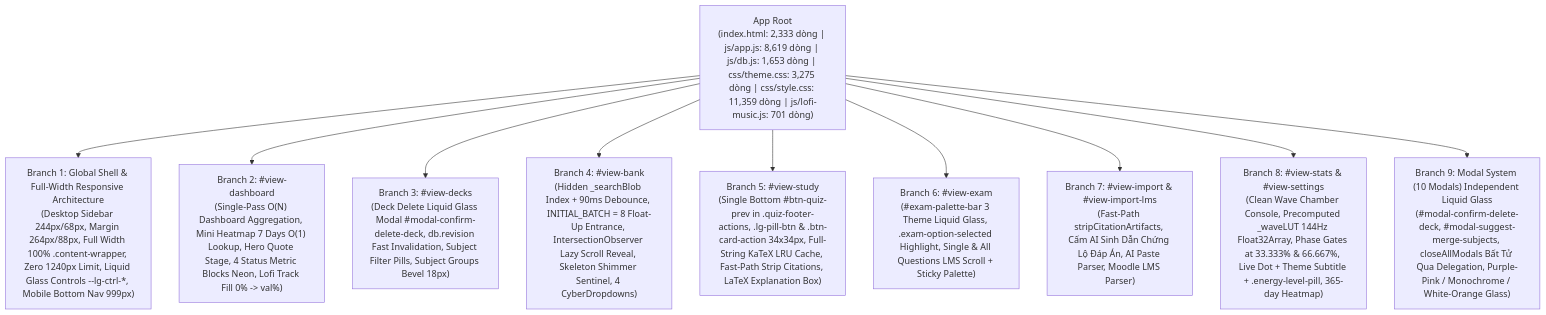
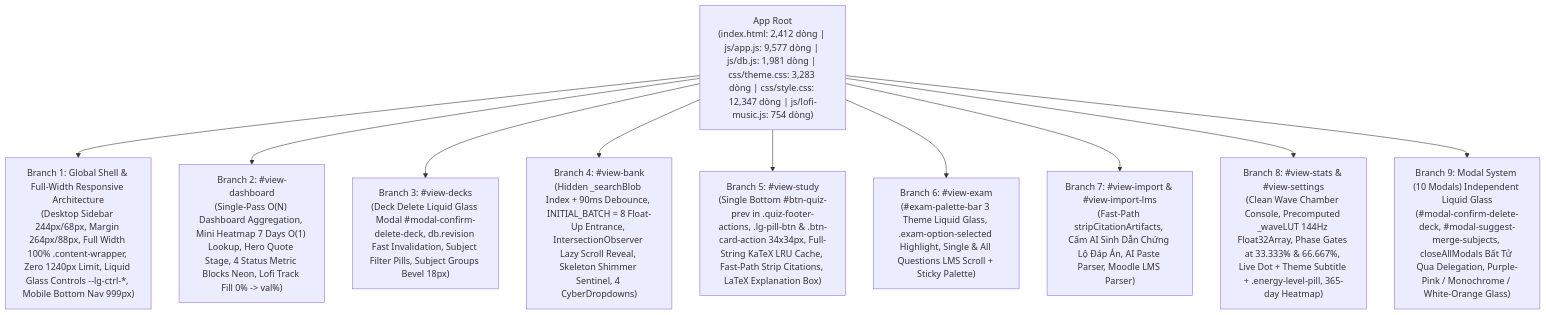
Before and after one commit to longcrpuen/tinhminhlaki: the first of 2 diagrams in ARCHITECTURE_GRAPH.md, drawn with Mermaid. The commit also changed other lines of this file and 15 other files, not shown here.

````diff
--- a/ARCHITECTURE_GRAPH.md
+++ b/ARCHITECTURE_GRAPH.md
@@ -15,14 +15,14 @@
 ```mermaid
 graph TD
-    Root["App Root<br/>(index.html: 2,333 dòng | js/app.js: 8,619 dòng | js/db.js: 1,653 dòng | css/theme.css: 3,275 dòng | css/style.css: 11,359 dòng | js/lofi-music.js: 701 dòng)"]
+    Root["App Root<br/>(index.html: 2,412 dòng | js/app.js: 9,577 dòng | js/db.js: 1,981 dòng | css/theme.css: 3,283 dòng | css/style.css: 12,347 dòng | js/lofi-music.js: 754 dòng)"]
 
     Root --> B1["Branch 1: Global Shell & Full-Width Responsive Architecture<br/>(Desktop Sidebar 244px/68px, Margin 264px/88px, Full Width 100% .content-wrapper, Zero 1240px Limit, Liquid Glass Controls --lg-ctrl-*, Mobile Bottom Nav 999px)"]
     Root --> B2["Branch 2: #view-dashboard<br/>(Single-Pass O(N) Dashboard Aggregation, Mini Heatmap 7 Days O(1) Lookup, Hero Quote Stage, 4 Status Metric Blocks Neon, Lofi Track Fill 0% -> val%)"]
     Root --> B3["Branch 3: #view-decks<br/>(Deck Delete Liquid Glass Modal #modal-confirm-delete-deck, db.revision Fast Invalidation, Subject Filter Pills, Subject Groups Bevel 18px)"]
     Root --> B4["Branch 4: #view-bank<br/>(Hidden _searchBlob Index + 90ms Debounce, INITIAL_BATCH = 8 Float-Up Entrance, IntersectionObserver Lazy Scroll Reveal, Skeleton Shimmer Sentinel, 4 CyberDropdowns)"]
     Root --> B5["Branch 5: #view-study<br/>(Single Bottom #btn-quiz-prev in .quiz-footer-actions, .lg-pill-btn & .btn-card-action 34x34px, Full-String KaTeX LRU Cache, Fast-Path Strip Citations, LaTeX Explanation Box)"]
     Root --> B6["Branch 6: #view-exam<br/>(#exam-palette-bar 3 Theme Liquid Glass, .exam-option-selected Highlight, Single & All Questions LMS Scroll + Sticky Palette)"]
     Root --> B7["Branch 7: #view-import & #view-import-lms<br/>(Fast-Path stripCitationArtifacts, Cấm AI Sinh Dẫn Chứng Lộ Đáp Án, AI Paste Parser, Moodle LMS Parser)"]
     Root --> B8["Branch 8: #view-stats & #view-settings<br/>(Clean Wave Chamber Console, Precomputed _waveLUT 144Hz Float32Array, Phase Gates at 33.333% & 66.667%, Live Dot + Theme Subtitle + .energy-level-pill, 365-day Heatmap)"]
     Root --> B9["Branch 9: Modal System (10 Modals) Independent Liquid Glass<br/>(#modal-confirm-delete-deck, #modal-suggest-merge-subjects, closeAllModals Bất Tử Qua Delegation, Purple-Pink / Monochrome / White-Orange Glass)"]
 ```
````
